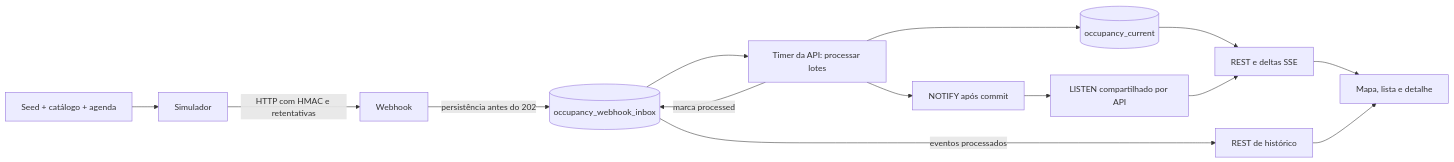
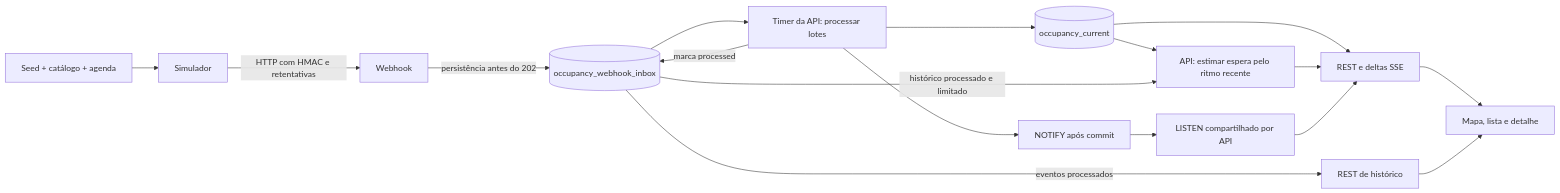
Before and after one commit to PJIEixoComputacaoUnivesp/FilaSaude: the second of 2 diagrams in docs/architecture-flow.md, drawn with Mermaid. The commit also changed other lines of this file and 6 other files, not shown here.

````diff
--- a/docs/architecture-flow.md
+++ b/docs/architecture-flow.md
@@ -57,16 +57,19 @@
 ```mermaid
 flowchart LR
   seed["Seed + catálogo + agenda"] --> sim["Simulador"]
   sim -->|"HTTP com HMAC e retentativas"| hook["Webhook"]
   hook -->|"persistência antes do 202"| inbox[(occupancy_webhook_inbox)]
   inbox --> processor["Timer da API: processar lotes"]
   processor --> current[(occupancy_current)]
   processor -->|"marca processed"| inbox
   processor --> notify["NOTIFY após commit"]
   current --> rest["REST e deltas SSE"]
+  current --> estimate["API: estimar espera pelo ritmo recente"]
+  inbox -->|"histórico processado e limitado"| estimate
+  estimate --> rest
   inbox -->|"eventos processados"| history["REST de histórico"]
   notify --> listener["LISTEN compartilhado por API"]
   listener --> rest
   rest --> front["Mapa, lista e detalhe"]
   history --> front
 ```
````
